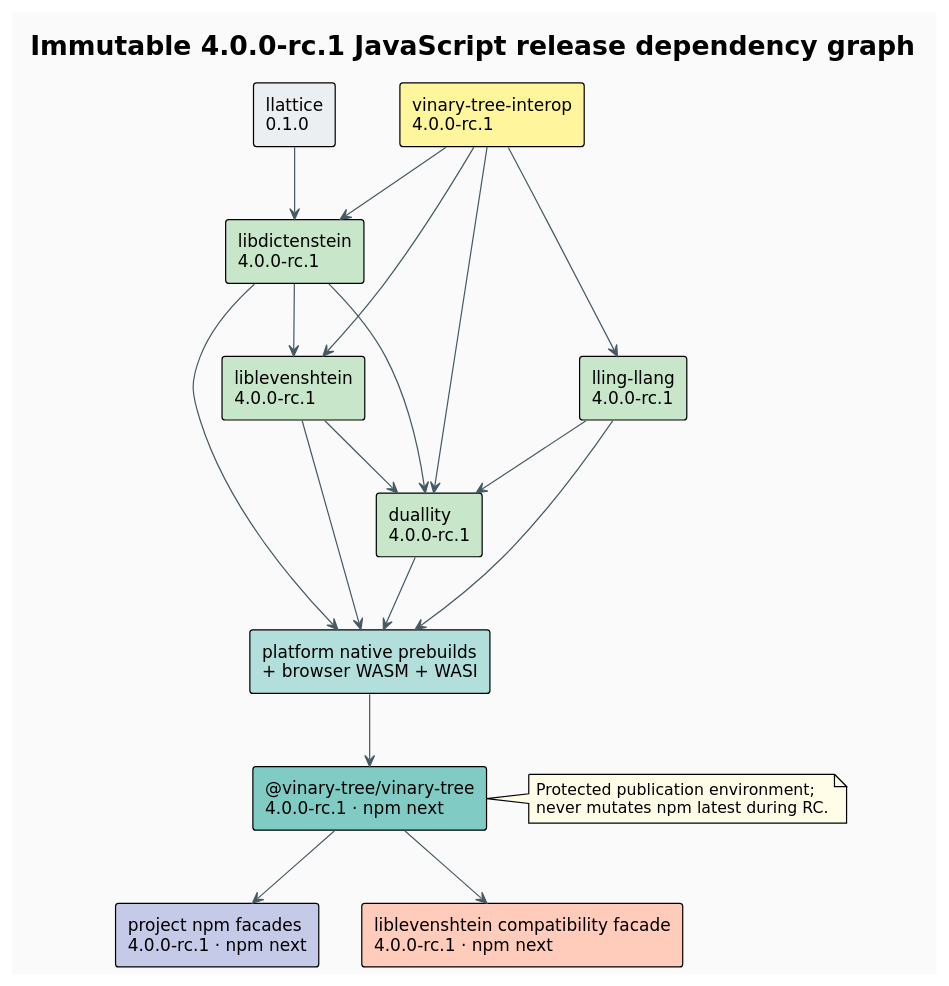
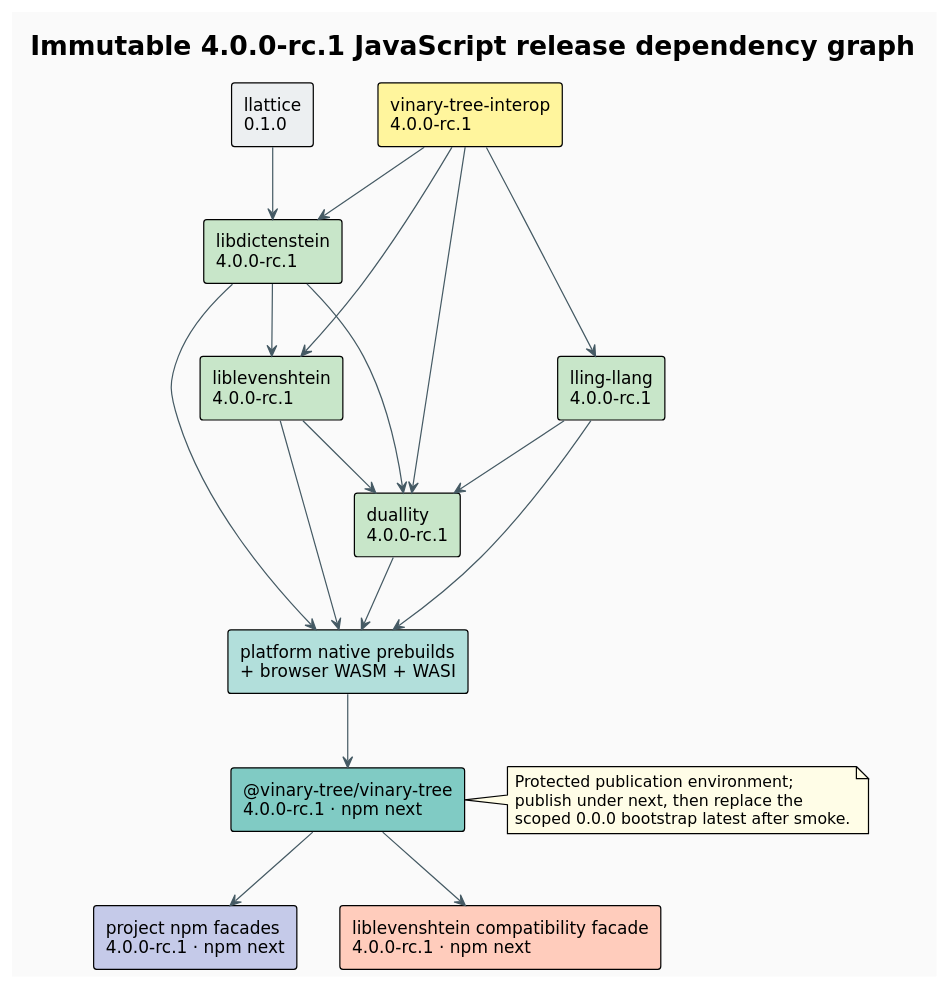
Before and after one commit to vinary-tree/javascript-runtime: the diagram in docs/diagrams/release-dependency-graph.puml, drawn with PlantUML. The commit also changed 4 other files, not shown here.

```diff
--- a/docs/diagrams/release-dependency-graph.puml
+++ b/docs/diagrams/release-dependency-graph.puml
@@ -1,41 +1,42 @@
 @startuml
 !theme plain
 skinparam backgroundColor #FAFAFA
 skinparam shadowing false
 skinparam ArrowColor #455A64
 skinparam defaultFontName DejaVu Sans
 title Immutable 4.0.0-rc.1 JavaScript release dependency graph
 
 rectangle "llattice\n0.1.0" as lattice #ECEFF1
 rectangle "vinary-tree-interop\n4.0.0-rc.1" as interop #FFF59D
 rectangle "libdictenstein\n4.0.0-rc.1" as dict #C8E6C9
 rectangle "liblevenshtein\n4.0.0-rc.1" as lev #C8E6C9
 rectangle "lling-llang\n4.0.0-rc.1" as lling #C8E6C9
 rectangle "duallity\n4.0.0-rc.1" as dual #C8E6C9
 rectangle "platform native prebuilds\n+ browser WASM + WASI" as artifacts #B2DFDB
 rectangle "@vinary-tree/vinary-tree\n4.0.0-rc.1 · npm next" as runtime #80CBC4
 rectangle "project npm facades\n4.0.0-rc.1 · npm next" as facades #C5CAE9
 rectangle "liblevenshtein compatibility facade\n4.0.0-rc.1 · npm next" as legacy #FFCCBC
 
 lattice --> dict
 interop --> dict
 interop --> lev
 interop --> lling
 interop --> dual
 dict --> lev
 dict --> dual
 lev --> dual
 lling --> dual
 dict --> artifacts
 lev --> artifacts
 lling --> artifacts
 dual --> artifacts
 artifacts --> runtime
 runtime --> facades
 runtime --> legacy
 
 note right of runtime #FFFDE7
   Protected publication environment;
-  never mutates npm latest during RC.
+  publish under next, then replace the
+  scoped 0.0.0 bootstrap latest after smoke.
 end note
 @enduml
```
